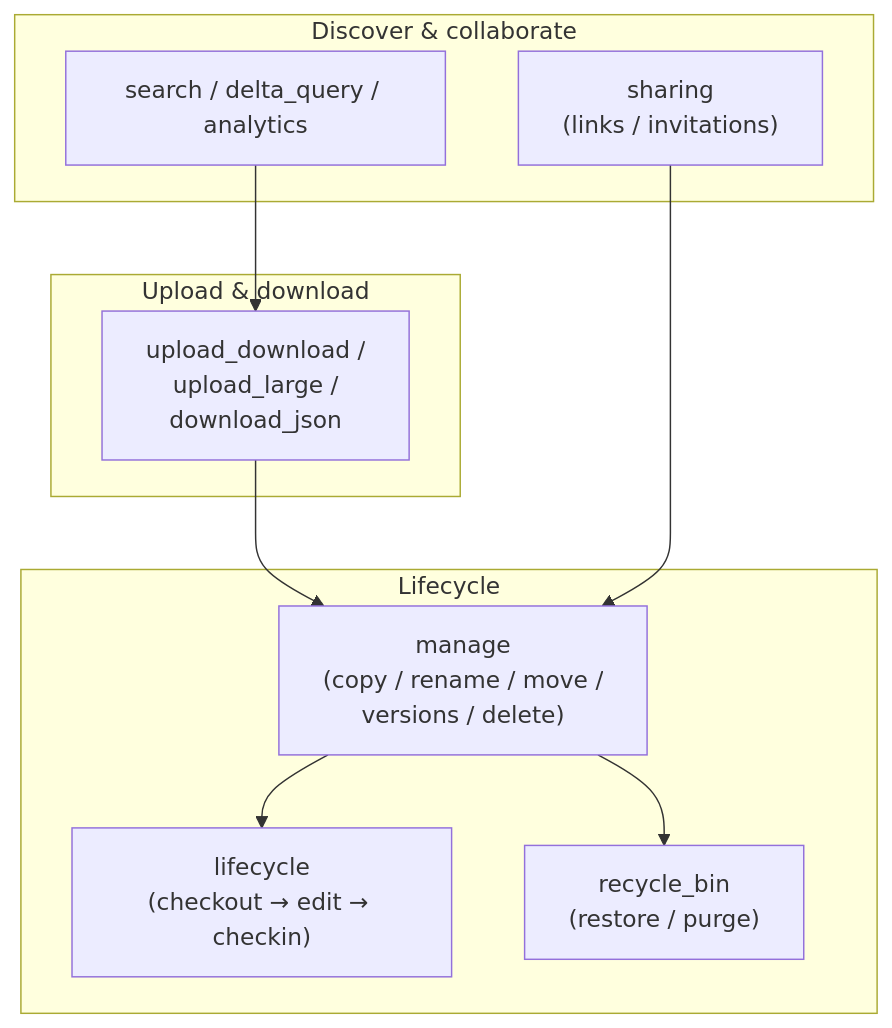
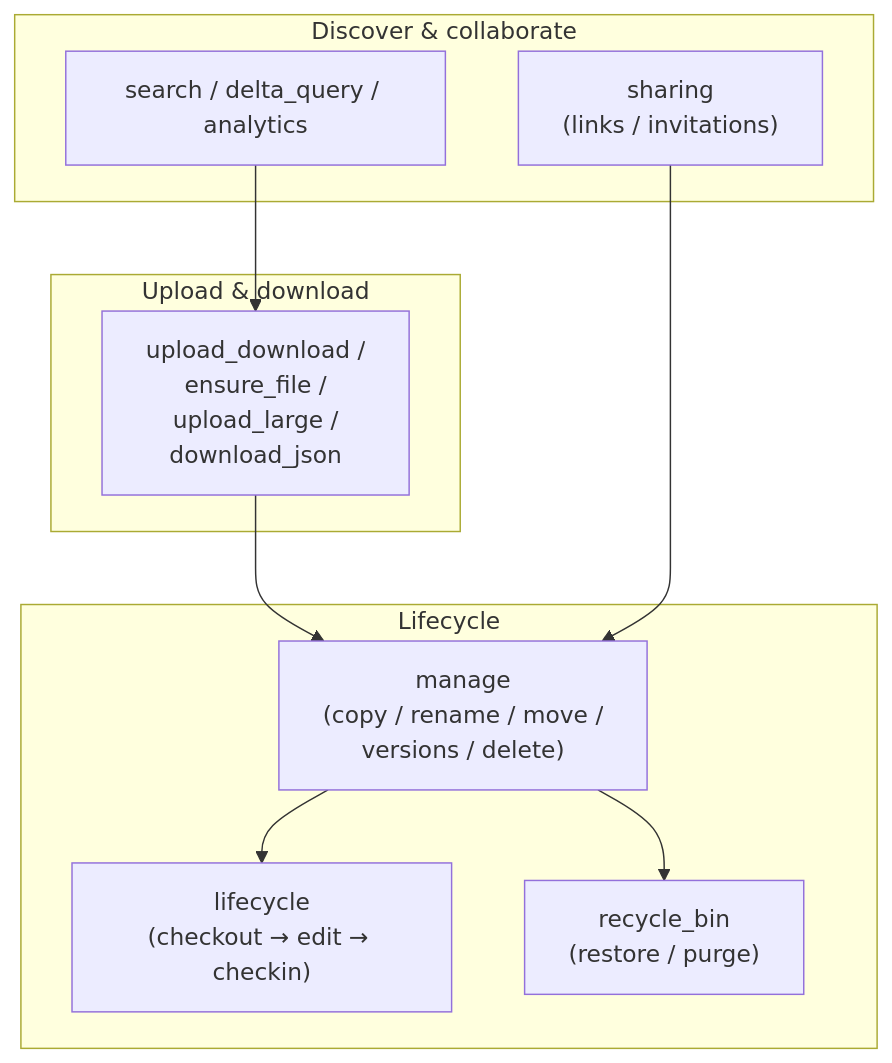
Before and after one commit to vgrem/office365-rest-python-client: the diagram in examples/onedrive/files/README.md, drawn with Mermaid. The commit also changed other lines of this file and 5 other files, not shown here.

````diff
--- a/examples/onedrive/files/README.md
+++ b/examples/onedrive/files/README.md
@@ -25,23 +25,23 @@
 ```mermaid
 graph TD
     subgraph "Upload & download"
-        U["upload_download /<br/>upload_large /<br/>download_json"]
+        U["upload_download /<br/>ensure_file /<br/>upload_large /<br/>download_json"]
     end
 
     subgraph "Lifecycle"
         M["manage<br/>(copy / rename / move /<br/>versions / delete)"]
         L["lifecycle<br/>(checkout → edit → checkin)"]
         R["recycle_bin<br/>(restore / purge)"]
     end
 
     subgraph "Discover & collaborate"
         S["search / delta_query / analytics"]
         SH["sharing<br/>(links / invitations)"]
     end
 
     U --> M
     M --> L
     M --> R
     S --> U
     SH --> M
 ```
````
